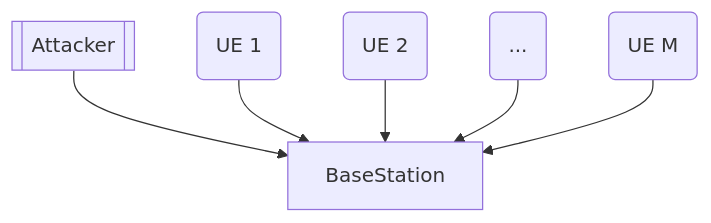
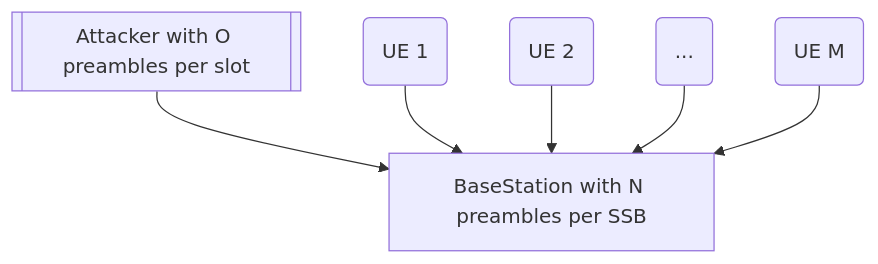
The first of 3 diagrams in docs/20250304 Thesis (Incorporate Attacker into Collision Model).md (bmw-ece-ntust/wilfrid-prach-attack-analysis), drawn with Mermaid before and after one commit.

Commit message:
Update 20250304 Thesis (Incorporate Attacker into Collision Model).md

````diff
--- a/docs/20250304 Thesis (Incorporate Attacker into Collision Model).md
+++ b/docs/20250304 Thesis (Incorporate Attacker into Collision Model).md
@@ -34,14 +34,14 @@
 ```mermaid
 flowchart TD
-    A[BaseStation]
-    B[[Attacker]]
+    A[BaseStation with N preambles per SSB]
+    B[[Attacker with O preambles per slot]]
     C(UE 1)
     D(UE 2)
     E(...)
 	F(UE M)
     B-->A
     C-->A
     D-->A
 	E-->A
 	F-->A
 ```
````
